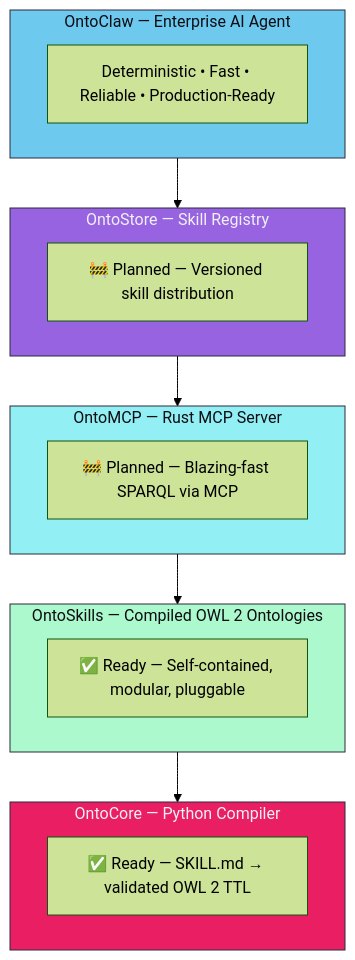
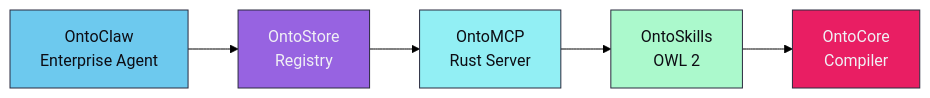
The first of 5 diagrams in PHILOSOPHY.md (mareasw/ontoskills), drawn with Mermaid (forest theme) before and after one commit. The commit also changed other lines of this file, not shown here.

Commit message:
docs: flatten all PHILOSOPHY.md diagrams to horizontal layout
- Convert ecosystem diagram from TB to LR with simplified node flow
- Remove subgraphs from Design Time diagram
- Remove subgraphs from Runtime diagram
- Simplify Schema Exposure TBox/ABox to horizontal two-node flow
- All diagrams now wider than tall for better readability

````diff
--- a/PHILOSOPHY.md
+++ b/PHILOSOPHY.md
@@ -7,33 +7,10 @@
 ```mermaid
-flowchart TB
-    subgraph ONTOCLAW["OntoClaw — Enterprise AI Agent"]
-        TAG1["Deterministic • Fast • Reliable • Production-Ready"]
-    end
+flowchart LR
+    A["OntoClaw<br/>Enterprise Agent"] --> B["OntoStore<br/>Registry"] --> C["OntoMCP<br/>Rust Server"] --> D["OntoSkills<br/>OWL 2"] --> E["OntoCore<br/>Compiler"]
 
-    subgraph ONTOSTORE["OntoStore — Skill Registry"]
-        TAG2["🚧 Planned — Versioned skill distribution"]
-    end
-
-    subgraph ONTOMCP["OntoMCP — Rust MCP Server"]
-        TAG3["🚧 Planned — Blazing-fast SPARQL via MCP"]
-    end
-
-    subgraph ONTOSKILLS["OntoSkills — Compiled OWL 2 Ontologies"]
-        TAG4["✅ Ready — Self-contained, modular, pluggable"]
-    end
-
-    subgraph ONTOCORE["OntoCore — Python Compiler"]
-        TAG5["✅ Ready — SKILL.md → validated OWL 2 TTL"]
-    end
-
-    ONTOCLAW --> ONTOSTORE
-    ONTOSTORE --> ONTOMCP
-    ONTOMCP --> ONTOSKILLS
-    ONTOSKILLS --> ONTOCORE
-
-    style ONTOCLAW fill:#6dc9ee,stroke:#2a2a3e,color:#0d0d14
-    style ONTOSTORE fill:#9763e1,stroke:#2a2a3e,color:#f0f0f5
-    style ONTOMCP fill:#92eff4,stroke:#2a2a3e,color:#0d0d14
-    style ONTOSKILLS fill:#abf9cc,stroke:#2a2a3e,color:#0d0d14
-    style ONTOCORE fill:#e91e63,stroke:#2a2a3e,color:#f0f0f5
+    style A fill:#6dc9ee,stroke:#2a2a3e,color:#0d0d14
+    style B fill:#9763e1,stroke:#2a2a3e,color:#f0f0f5
+    style C fill:#92eff4,stroke:#2a2a3e,color:#0d0d14
+    style D fill:#abf9cc,stroke:#2a2a3e,color:#0d0d14
+    style E fill:#e91e63,stroke:#2a2a3e,color:#f0f0f5
 ```
````
